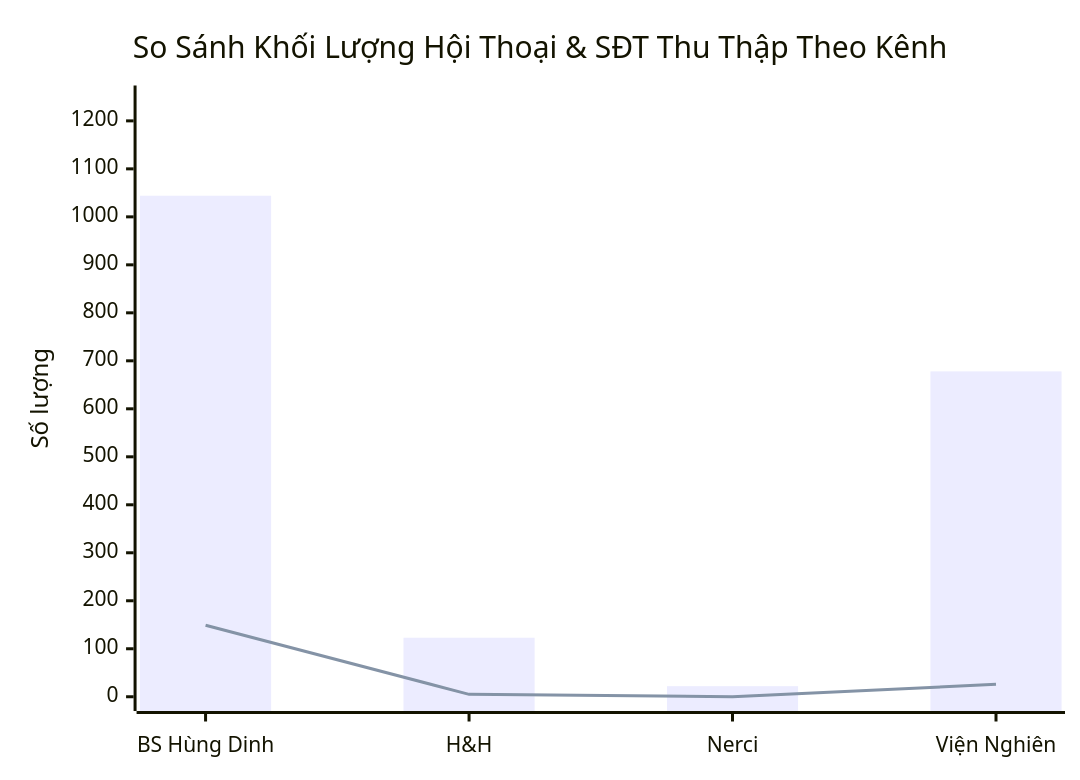
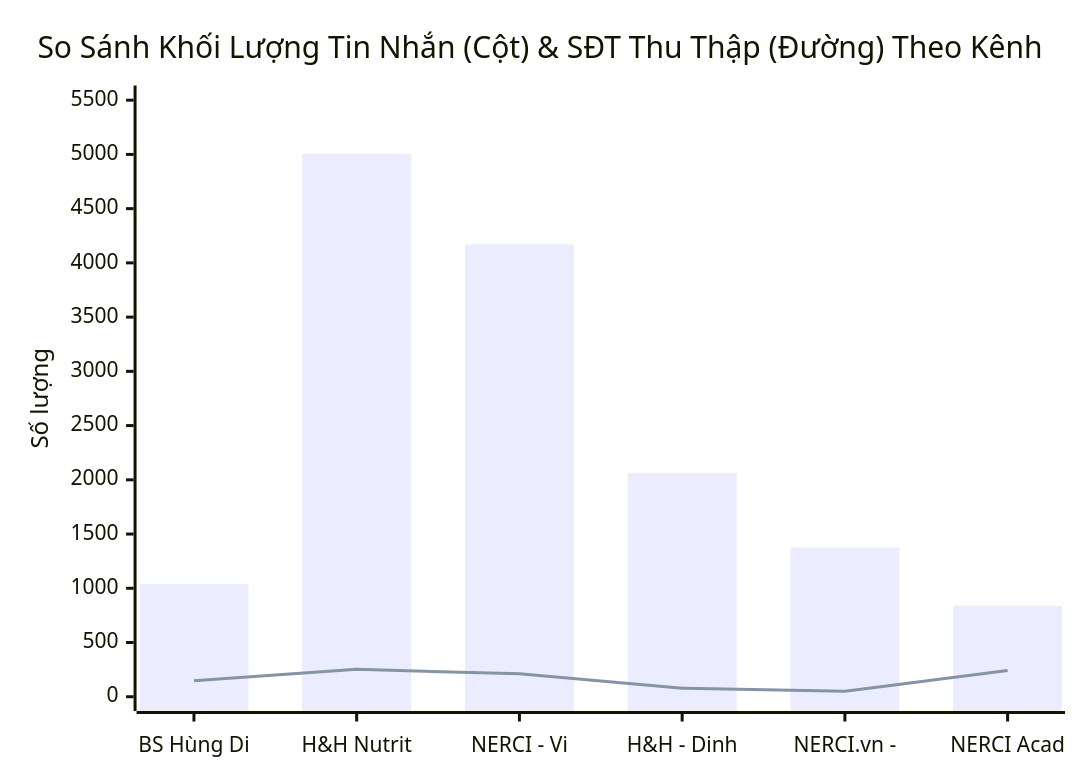
The second of 8 diagrams in content/Pancake-Audit/2026-08-25-NERCI-Pancake-Omnichannel-Performance-Report.md (dai-duong-1992/nerci-wiki), drawn with Mermaid before and after one commit. The commit also changed other lines of this file and 2 other files, not shown here.

Commit message:
Update NERCI dynamic index, Pancake & ASA reports

````diff
--- a/content/Pancake-Audit/2026-08-25-NERCI-Pancake-Omnichannel-Performance-Report.md
+++ b/content/Pancake-Audit/2026-08-25-NERCI-Pancake-Omnichannel-Performance-Report.md
@@ -57,8 +58,8 @@
 ```mermaid
 xychart-beta
-    title "So Sánh Khối Lượng Hội Thoại & SĐT Thu Thập Theo Kênh"
-    x-axis ["BS Hùng Dinh", "H&H", "Nerci", "Viện Nghiên "]
-    y-axis "Số lượng" 0 --> 1244
-    bar [1044, 123, 22, 678]
-    line [149, 5, 0, 26]
+    title "So Sánh Khối Lượng Tin Nhắn (Cột) & SĐT Thu Thập (Đường) Theo Kênh"
+    x-axis ["BS Hùng Di", "H&H Nutrit", "NERCI - Vi", "H&H - Dinh", "NERCI.vn -", "NERCI Acad"]
+    y-axis "Số lượng" 0 --> 5504
+    bar [1038, 5004, 4171, 2062, 1376, 840]
+    line [147, 253, 211, 79, 50, 241]
 ```
````
